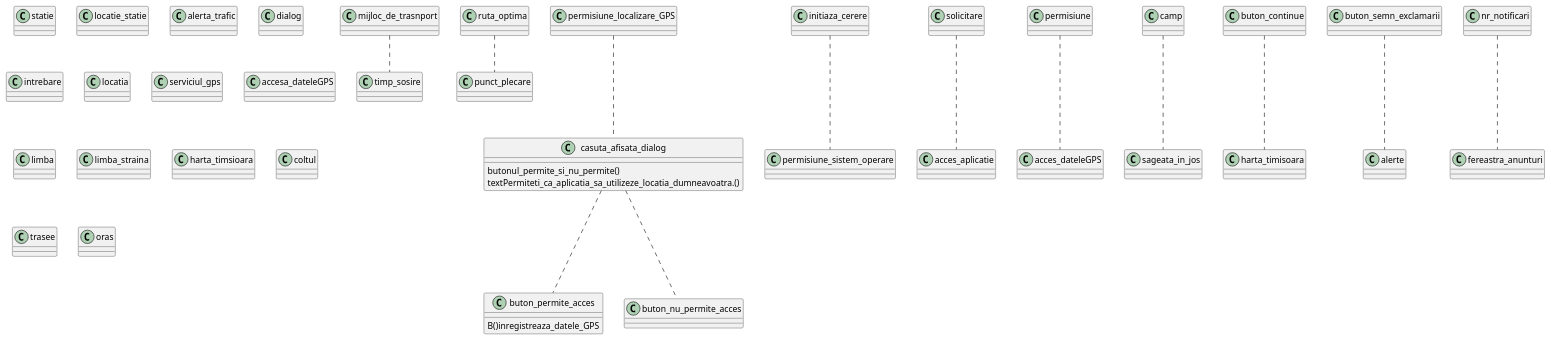
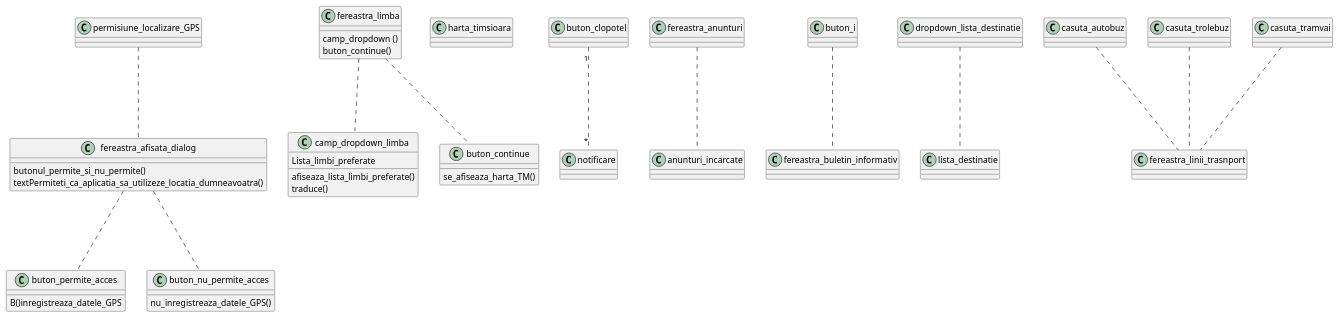
One commit to DamarisRebeca/ExtraRatt2 changed the diagram in ExtraClass.puml. Above: the diagram before and after it, drawn with PlantUML.

Commit message:
Merge remote-tracking branch 'origin/master'modificat

```diff
--- a/ExtraClass.puml
+++ b/ExtraClass.puml
@@ -1,80 +1,88 @@
 @startuml
 'https://plantuml.com/class-diagram/class-diagram
 
-
-class mijloc_de_trasnport {}
-class timp_sosire {}
-class statie {}
-class locatie_statie {}
-class ruta_optima {}
-class punct_plecare {}
-class alerta_trafic
-
-ruta_optima..punct_plecare
-mijloc_de_trasnport .. timp_sosire
-
 class permisiune_localizare_GPS
-class dialog{}
-class casuta_afisata_dialog{
+class fereastra_afisata_dialog{
 butonul_permite_si_nu_permite()
-textPermiteti_ca_aplicatia_sa_utilizeze_locatia_dumneavoatra.()
+textPermiteti_ca_aplicatia_sa_utilizeze_locatia_dumneavoatra()
 }
 class buton_permite_acces{
 
 B()inregistreaza_datele_GPS
 
 }
-class buton_nu_permite_acces{}
-class intrebare
-class locatia
+class buton_nu_permite_acces{
+nu_inregistreaza_datele_GPS()
+}
 
-permisiune_localizare_GPS...casuta_afisata_dialog
-casuta_afisata_dialog... buton_permite_acces
-casuta_afisata_dialog... buton_nu_permite_acces
-class initiaza_cerere
-class permisiune_sistem_operare
-class solicitare
-class serviciul_gps
-class acces_aplicatie
+permisiune_localizare_GPS...fereastra_afisata_dialog
+fereastra_afisata_dialog... buton_permite_acces
+fereastra_afisata_dialog... buton_nu_permite_acces
 
 
-initiaza_cerere...permisiune_sistem_operare
-solicitare ... acces_aplicatie
 
- class permisiune
- class accesa_dateleGPS
- class limba
- class camp
- class sageata_in_jos
- class limba_straina
- class buton_continue
+
+
+ class camp_dropdown_limba{
+ Lista_limbi_preferate
+ afiseaza_lista_limbi_preferate()
+ traduce()
+ }
+class fereastra_limba{
+
+camp_dropdown ()
+buton_continue()
+
+}
+ class buton_continue{
+
+ se_afiseaza_harta_TM()
+ }
+
+
  class harta_timsioara
 
 
-camp...sageata_in_jos
-permisiune...acces_dateleGPS
-buton_continue...harta_timisoara
-
-class coltul
-class buton_semn_exclamarii
-class alerte
-class trasee
-class oras
-class nr_notificari
-class fereastra_anunturi
-
-nr_notificari...fereastra_anunturi
+fereastra_limba...camp_dropdown_limba
+fereastra_limba...buton_continue
 
 
-buton_semn_exclamarii...alerte
 
 
+
+
+
+class buton_clopotel
+class notificare
+class fereastra_anunturi
+class anunturi_incarcate
+
+buton_clopotel"1"..."*"notificare
+fereastra_anunturi...anunturi_incarcate
+
+class buton_i
+
+class fereastra_buletin_informativ
+
+buton_i...fereastra_buletin_informativ
+
+class dropdown_lista_destinatie
+class lista_destinatie
+class casuta_autobuz
+class casuta_trolebuz
+class casuta_tramvai
+class fereastra_linii_trasnport
+
+dropdown_lista_destinatie... lista_destinatie
+casuta_autobuz... fereastra_linii_trasnport
+casuta_tramvai... fereastra_linii_trasnport
+casuta_trolebuz... fereastra_linii_trasnport
 
 
 
 
 
 
 
 
 @enduml
```
